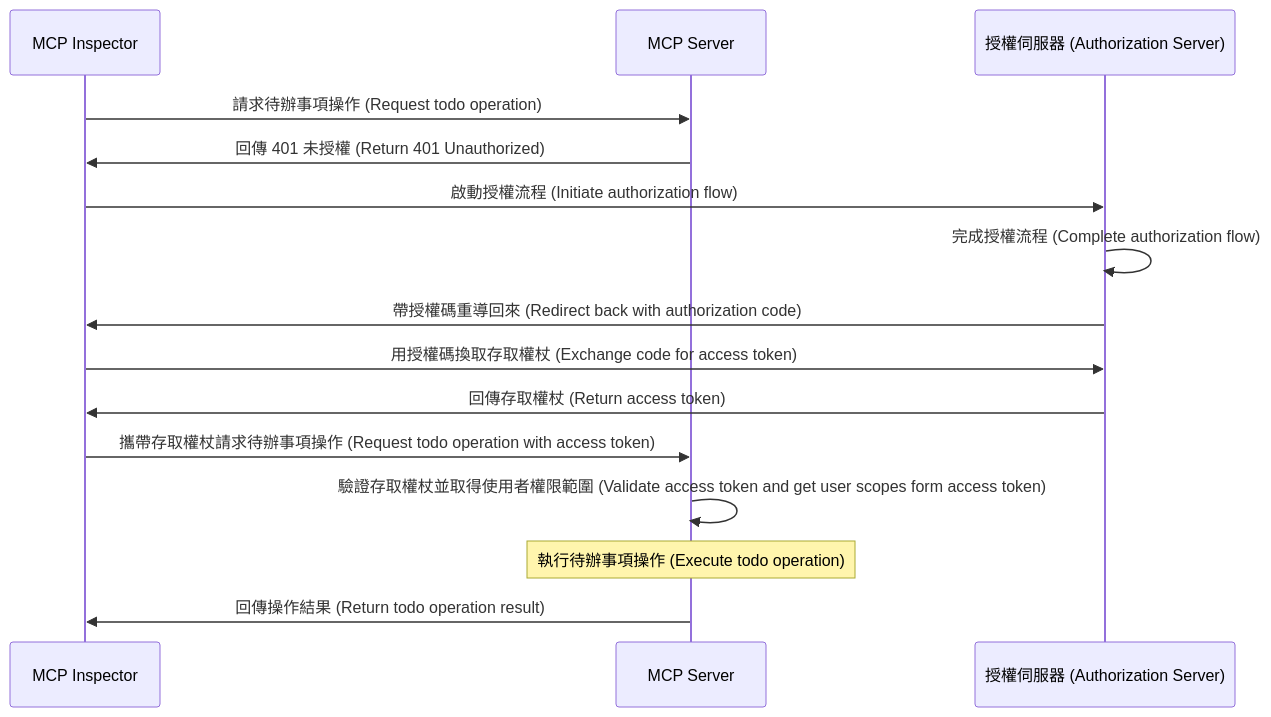
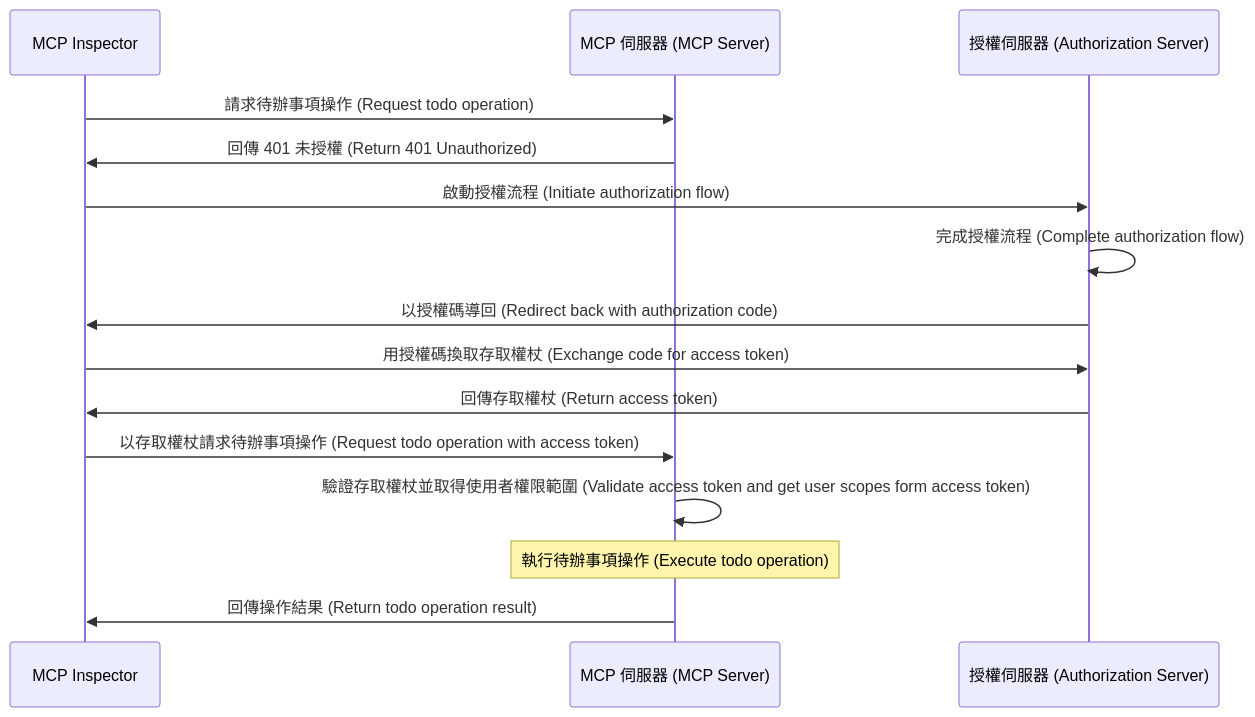
The first of 2 diagrams in i18n/zh-TW/docusaurus-plugin-content-docs/current/tutorials/todo-manager/README.mdx (mcp-auth/docs), drawn with Mermaid before and after one commit. The commit also changed other lines of this file and 17 other files, not shown here.

````diff
--- a/i18n/zh-TW/docusaurus-plugin-content-docs/current/tutorials/todo-manager/README.mdx
+++ b/i18n/zh-TW/docusaurus-plugin-content-docs/current/tutorials/todo-manager/README.mdx
@@ -35,18 +35,18 @@
 ```mermaid
 sequenceDiagram
     participant Client as MCP Inspector
-    participant Server as MCP Server
+    participant Server as MCP 伺服器 (MCP Server)
     participant Auth as 授權伺服器 (Authorization Server)
 
     Client->>Server: 請求待辦事項操作 (Request todo operation)
     Server->>Client: 回傳 401 未授權 (Return 401 Unauthorized)
     Client->>Auth: 啟動授權流程 (Initiate authorization flow)
     Auth->>Auth: 完成授權流程 (Complete authorization flow)
-    Auth->>Client: 帶授權碼重導回來 (Redirect back with authorization code)
+    Auth->>Client: 以授權碼導回 (Redirect back with authorization code)
     Client->>Auth: 用授權碼換取存取權杖 (Exchange code for access token)
     Auth->>Client: 回傳存取權杖 (Return access token)
-    Client->>Server: 攜帶存取權杖請求待辦事項操作 (Request todo operation with access token)
+    Client->>Server: 以存取權杖請求待辦事項操作 (Request todo operation with access token)
     Server->>Server: 驗證存取權杖並取得使用者權限範圍 (Validate access token and get user scopes form access token)
     Note over Server: 執行待辦事項操作 (Execute todo operation)
     Server->>Client: 回傳操作結果 (Return todo operation result)
 ```
````
